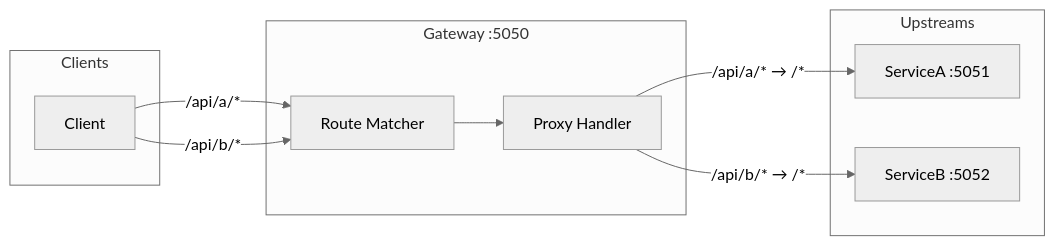
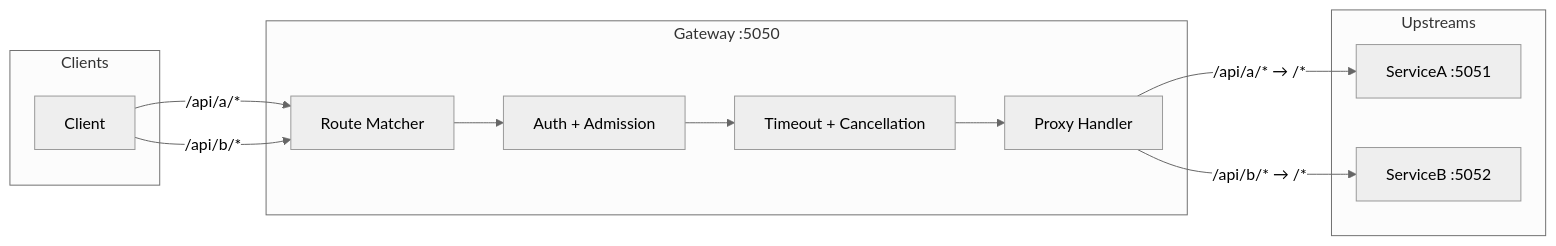
Before and after one commit to Am64r/mini-gateway: the second of 2 diagrams in README.md, drawn with Mermaid (neutral theme). The commit also changed other lines of this file and 6 other files, not shown here.

````diff
--- a/README.md
+++ b/README.md
@@ -38,22 +56,24 @@
 ```mermaid
 flowchart LR
     subgraph Clients
         C1[Client]
     end
 
     subgraph Gateway[Gateway :5050]
         R[Route Matcher]
+        A0[Auth + Admission]
+        T[Timeout + Cancellation]
         P[Proxy Handler]
     end
 
     subgraph Upstreams
         A[ServiceA :5051]
         B[ServiceB :5052]
     end
 
     C1 -->|/api/a/*| R
     C1 -->|/api/b/*| R
-    R --> P
+    R --> A0 --> T --> P
     P -->|/api/a/* → /*| A
     P -->|/api/b/* → /*| B
 ```
````
